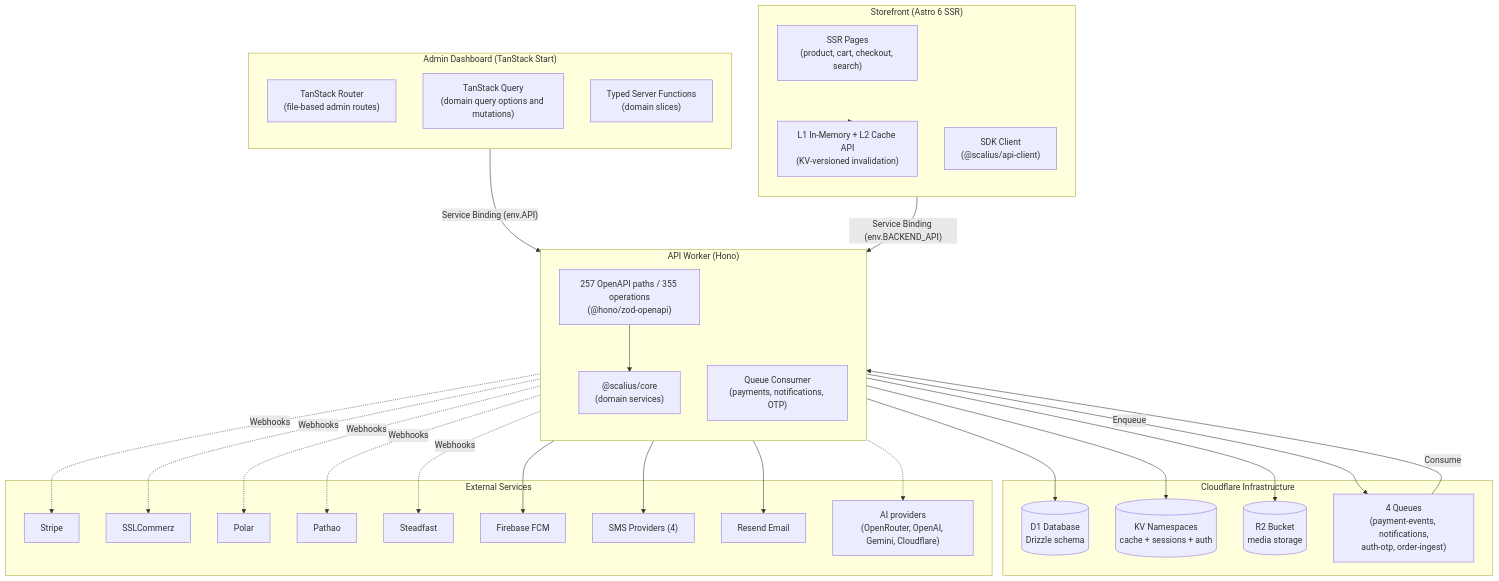
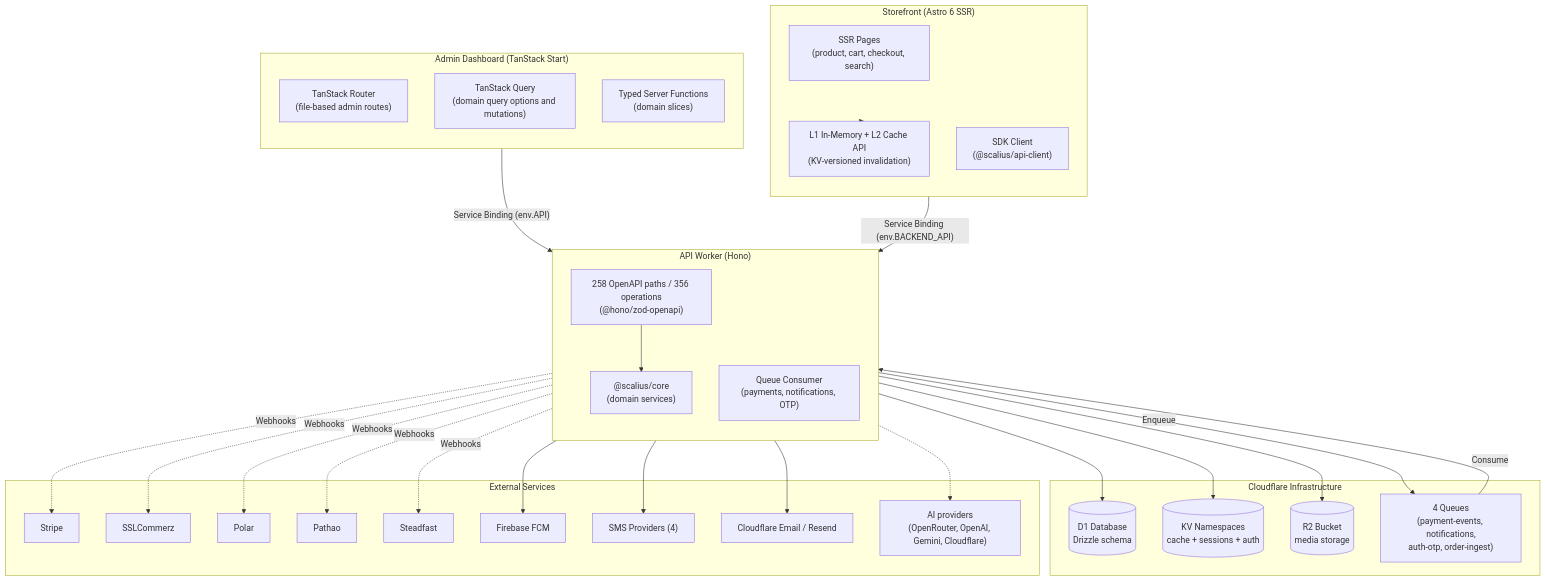
One commit to scaliuslabs/scalius-commerce-lite changed the first of 3 diagrams in README.md. Above: the diagram before and after it, drawn with Mermaid. The commit also changed other lines of this file and 30 other files, not shown here.

Commit message:
Harden customer auth policy flows

````diff
--- a/README.md
+++ b/README.md
@@ -87,62 +87,62 @@
 ```mermaid
 flowchart TB
     subgraph AdminV2 ["Admin Dashboard (TanStack Start)"]
         direction TB
         TSRouter["TanStack Router<br/>(file-based admin routes)"]
         TSQuery["TanStack Query<br/>(domain query options and mutations)"]
         ServerFns["Typed Server Functions<br/>(domain slices)"]
     end
 
     subgraph Storefront ["Storefront (Astro 6 SSR)"]
         direction TB
         AstroPages["SSR Pages<br/>(product, cart, checkout, search)"]
         EdgeCache["L1 In-Memory + L2 Cache API<br/>(KV-versioned invalidation)"]
         SDKClient["SDK Client<br/>(@scalius/api-client)"]
     end
 
     subgraph API ["API Worker (Hono)"]
         direction TB
-        HonoApp["257 OpenAPI paths / 355 operations<br/>(@hono/zod-openapi)"]
+        HonoApp["258 OpenAPI paths / 356 operations<br/>(@hono/zod-openapi)"]
         QueueConsumer["Queue Consumer<br/>(payments, notifications, OTP)"]
         CoreModules["@scalius/core<br/>(domain services)"]
     end
 
     subgraph Infra ["Cloudflare Infrastructure"]
         D1[(D1 Database<br/>Drizzle schema)]
         KV[(KV Namespaces<br/>cache + sessions + auth)]
         R2[(R2 Bucket<br/>media storage)]
         Queues["4 Queues<br/>(payment-events, notifications,<br/>auth-otp, order-ingest)"]
     end
 
     subgraph External ["External Services"]
         Stripe["Stripe"]
         SSLCommerz["SSLCommerz"]
         Polar["Polar"]
         Pathao["Pathao"]
         Steadfast["Steadfast"]
         Firebase["Firebase FCM"]
         SMS["SMS Providers (4)"]
-        Resend["Resend Email"]
+        EmailProvider["Cloudflare Email / Resend"]
         AIProviders["AI providers<br/>(OpenRouter, OpenAI, Gemini, Cloudflare)"]
     end
 
     AdminV2 -->|"Service Binding (env.API)"| API
     Storefront -->|"Service Binding (env.BACKEND_API)"| API
     API --> D1
     API --> KV
     API --> R2
     API -->|Enqueue| Queues
     Queues -->|Consume| QueueConsumer
     QueueConsumer --> Firebase
     QueueConsumer --> SMS
-    QueueConsumer --> Resend
+    QueueConsumer --> EmailProvider
     HonoApp --> CoreModules
     Storefront --> EdgeCache
 
     API -.->|Webhooks| Stripe
     API -.->|Webhooks| SSLCommerz
     API -.->|Webhooks| Polar
     API -.->|Webhooks| Pathao
     API -.->|Webhooks| Steadfast
     API -.-> AIProviders
 ```
````
